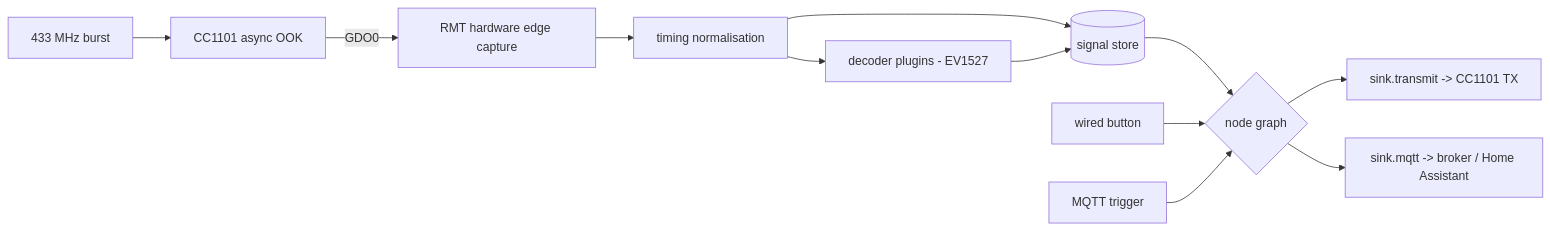
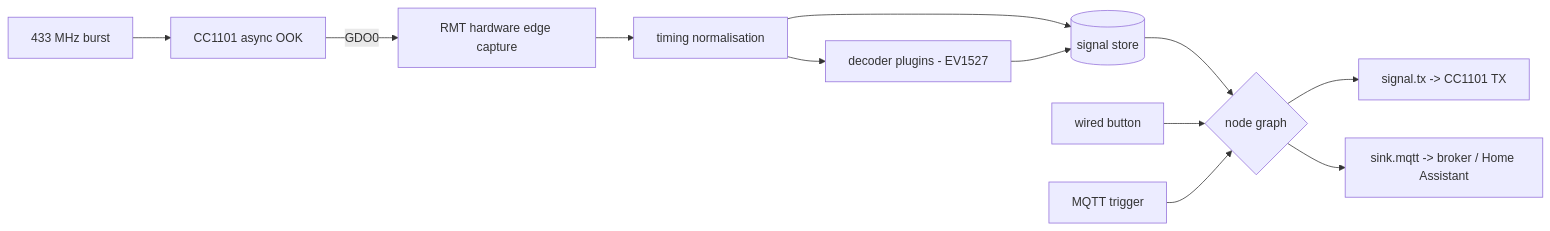
The diagram in docs/index.md (MarvAmBass/klingelbox), drawn with Mermaid before and after one commit. The commit also changed other lines of this file and 15 other files, not shown here.

````diff
--- a/docs/index.md
+++ b/docs/index.md
@@ -71,14 +71,14 @@
 ```mermaid
 graph LR
   RF[433 MHz burst] --> CC[CC1101 async OOK]
   CC -->|GDO0| RMT[RMT hardware edge capture]
   RMT --> N[timing normalisation]
   N --> D[decoder plugins - EV1527]
   N --> S[(signal store)]
   D --> S
   S --> G{node graph}
   GPIO[wired button] --> G
   MQTTIN[MQTT trigger] --> G
-  G --> TX[sink.transmit -> CC1101 TX]
+  G --> TX[signal.tx -> CC1101 TX]
   G --> MQ[sink.mqtt -> broker / Home Assistant]
 ```
````
